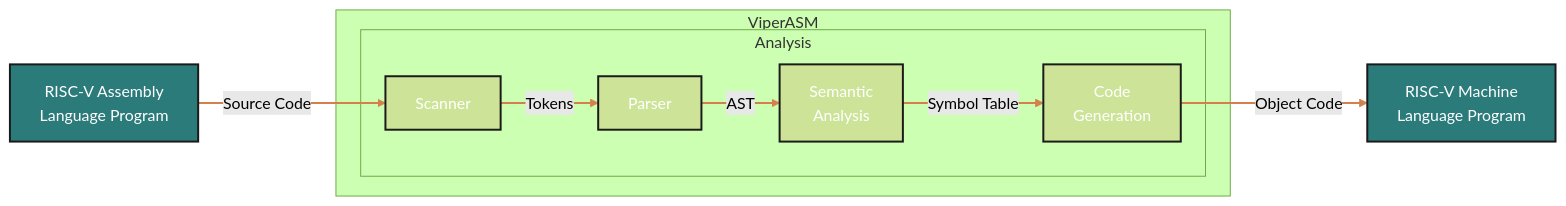
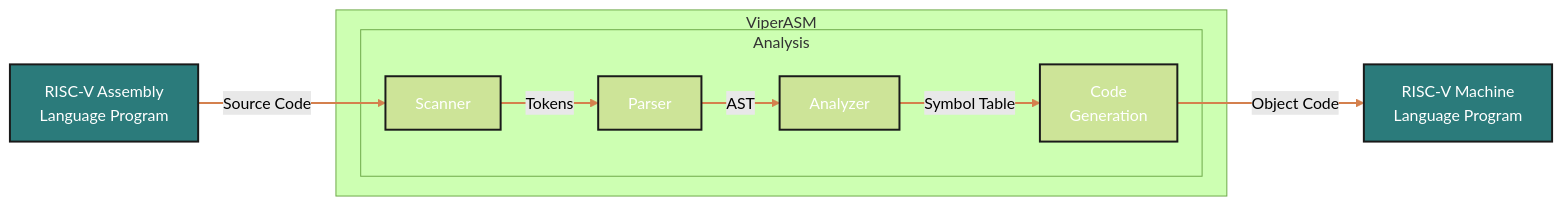
Before and after one commit to Kaweees/ViperASM: the diagram in README.md, drawn with Mermaid (forest theme). The commit also changed 3 other files, not shown here.

````diff
--- a/README.md
+++ b/README.md
@@ -12,23 +12,23 @@
 ```mermaid
 graph LR
    A["RISC-V Assembly<br/>Language Program"] -->|Source Code| B[Scanner]
 
    subgraph "ViperASM"
       subgraph "Analysis"
          B -->|Tokens| C[Parser]
-         C -->|AST| D[Semantic<br/>Analysis]
+         C -->|AST| D[Analyzer]
          D -->|Symbol Table| E[Code<br/>Generation]
       end
    end
 
    E -->|Object Code| F["RISC-V Machine<br/>Language Program"]
 
    style A fill:#2B7B7B,stroke:#1a1a1a,stroke-width:2px,color:#ffffff
    style B stroke:#1a1a1a,stroke-width:2px,color:#ffffff
    style C stroke:#1a1a1a,stroke-width:2px,color:#ffffff
    style D stroke:#1a1a1a,stroke-width:2px,color:#ffffff
    style E stroke:#1a1a1a,stroke-width:2px,color:#ffffff
    style F fill:#2B7B7B,stroke:#1a1a1a,stroke-width:2px,color:#ffffff
 
    linkStyle default stroke:#d4804d,stroke-width:2px
 ```
````
